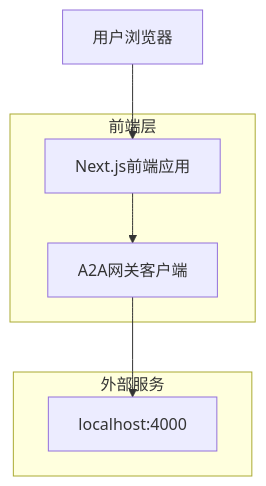
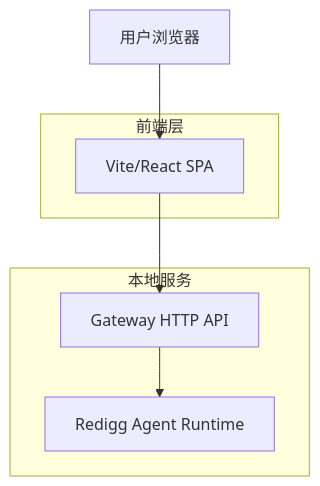
Before and after one commit to redigg/redigg: the diagram in docs/design/redigg-frontend-architecture.md, drawn with Mermaid. The commit also changed other lines of this file and 6 other files, not shown here.

````diff
--- a/docs/design/redigg-frontend-architecture.md
+++ b/docs/design/redigg-frontend-architecture.md
@@ -3,15 +3,15 @@
 ```mermaid
 graph TD
-  A[用户浏览器] --> B[Next.js前端应用]
-  B --> C[A2A网关客户端]
-  C --> D[localhost:4000]
+  A[用户浏览器] --> B[Vite/React SPA]
+  B --> C[Gateway HTTP API]
+  C --> D[Redigg Agent Runtime]
 
   subgraph "前端层"
     B
-    C
   end
 
-  subgraph "外部服务"
+  subgraph "本地服务"
+    C
     D
   end
 ```
````
